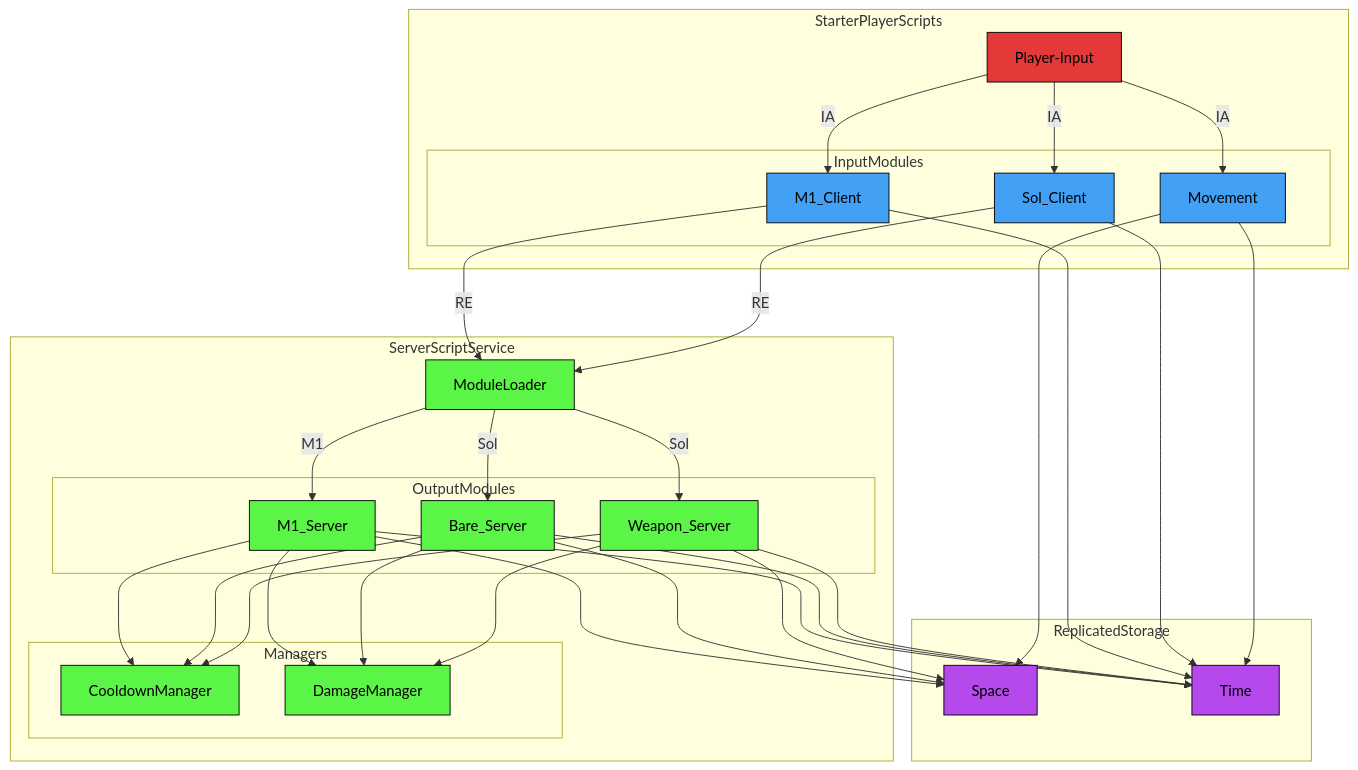
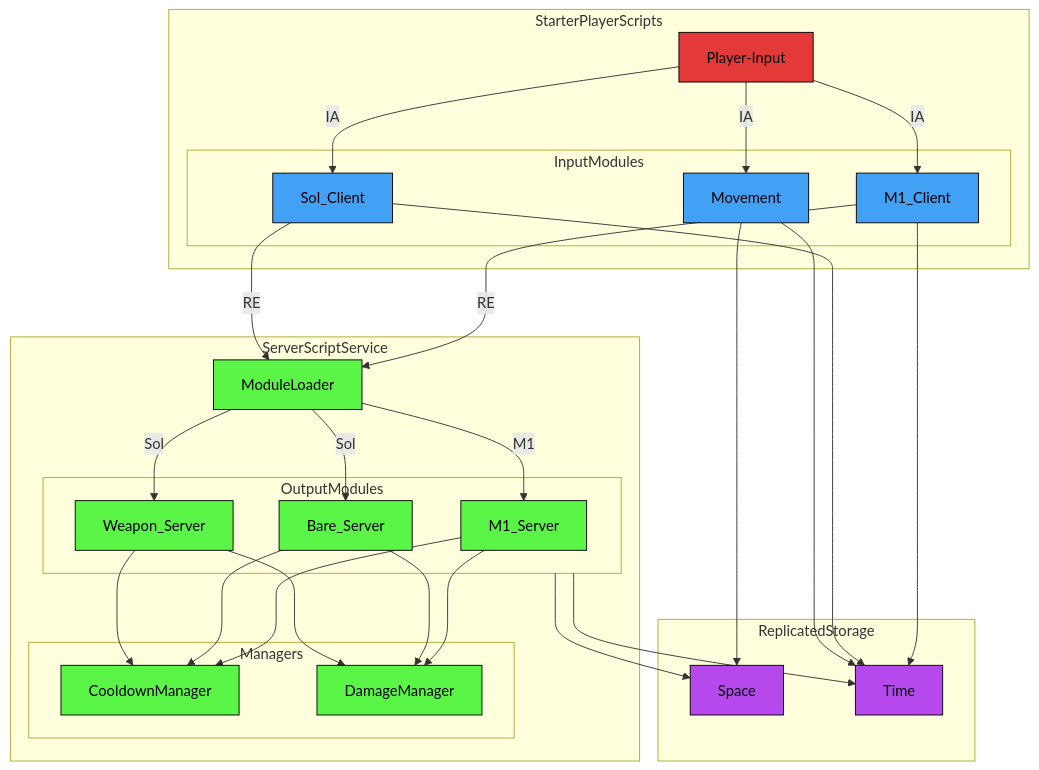
One commit to altair5607249/Crusaders-Game changed the second of 3 diagrams in README.md. Above: the diagram before and after it, drawn with Mermaid.

````diff
--- a/README.md
+++ b/README.md
@@ -111,76 +111,72 @@
 ```mermaid
 flowchart TB;
 
   classDef eventNode fill:#e33939,stroke:#000000,color:#000000
   classDef serverNode fill:#5bf547,stroke:#000000,color:#000000
   classDef clientNode fill:#42a1f5,stroke:#000000,color:#000000
   classDef universalNode fill:#b549eb,stroke:#000000,color:#000000
 
   subgraph StarterPlayerScripts
     subgraph InputModules
       M1_Client;
       Sol_Client;
       Movement;
     end
   
     Player-Input-->|IA| M1_Client;
     Player-Input-->|IA| Sol_Client;
     Player-Input-->|IA| Movement;
   end
 
   M1_Client-->|RE| ModuleLoader;
   Sol_Client-->|RE| ModuleLoader;
   Movement
 
   subgraph ServerScriptService
     ModuleLoader;
 
     subgraph Managers
       CooldownManager;
     end
 
     subgraph OutputModules
       M1_Server;
       Bare_Server;
       Weapon_Server;
     end
   
     subgraph Managers
       DamageManager;
     end
   
     ModuleLoader-->|M1| M1_Server
     ModuleLoader-->|Sol| Bare_Server
     ModuleLoader-->|Sol| Weapon_Server
   end
 
   subgraph ReplicatedStorage
     Space;
     Time;
   end
 
-  M1_Server-->Space;
-  M1_Server-->Time;  
-  Bare_Server-->Space;
-  Bare_Server-->Time;
-  Weapon_Server-->Space;
-  Weapon_Server-->Time;
+  OutputModules-->Space;
+  OutputModules-->Time;
 
   M1_Server-->CooldownManager;
   Bare_Server-->CooldownManager;
   Weapon_Server-->CooldownManager;
 
   M1_Server-->DamageManager;
   Bare_Server-->DamageManager;
   Weapon_Server-->DamageManager;
 
   M1_Client-->Time;
   Sol_Client-->Time;
   Movement-->Space;
   Movement-->Time;
 
   class Player-Input eventNode;
   class ModuleLoader,M1_Server,Bare_Server,Weapon_Server,DamageManager,CooldownManager serverNode;
   class ModuleLoader2,M1_Client,Sol_Client,Movement,KnockbackHandler clientNode;
   class Space,Time universalNode;
 ```
````
